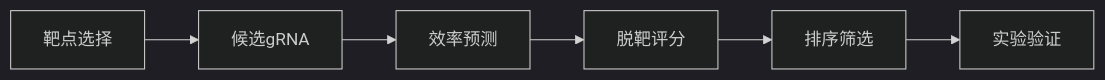
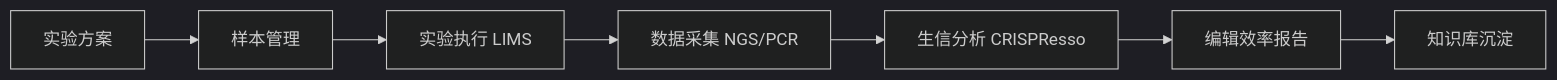
One commit to kudig-io/kudig-database changed the third of 3 diagrams in topic-application-architecture/89-crispr-gene-editing.md. Above: the diagram before and after it, drawn with Mermaid (dark theme). The commit also changed other lines of this file and 8633 other files, not shown here.

````diff
--- a/topic-application-architecture/89-crispr-gene-editing.md
+++ b/topic-application-architecture/89-crispr-gene-editing.md
@@ -137,8 +188,9 @@
 ```mermaid
 flowchart LR
-    A[靶点选择] --> B[候选gRNA]
-    B --> C[效率预测]
-    C --> D[脱靶评分]
-    D --> E[排序筛选]
-    E --> F[实验验证]
+    A[实验方案] --> B[样本管理]
+    B --> C[实验执行 LIMS]
+    C --> D[数据采集 NGS/PCR]
+    D --> E[生信分析 CRISPResso]
+    E --> F[编辑效率报告]
+    F --> G[知识库沉淀]
 ```
````
